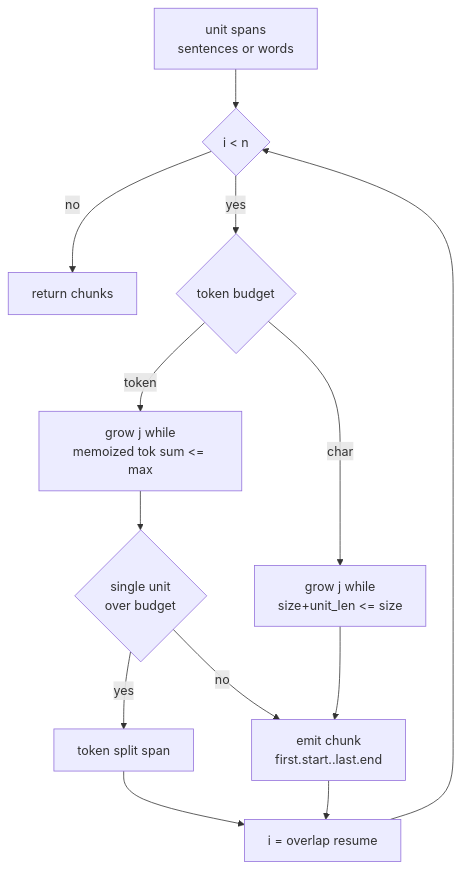
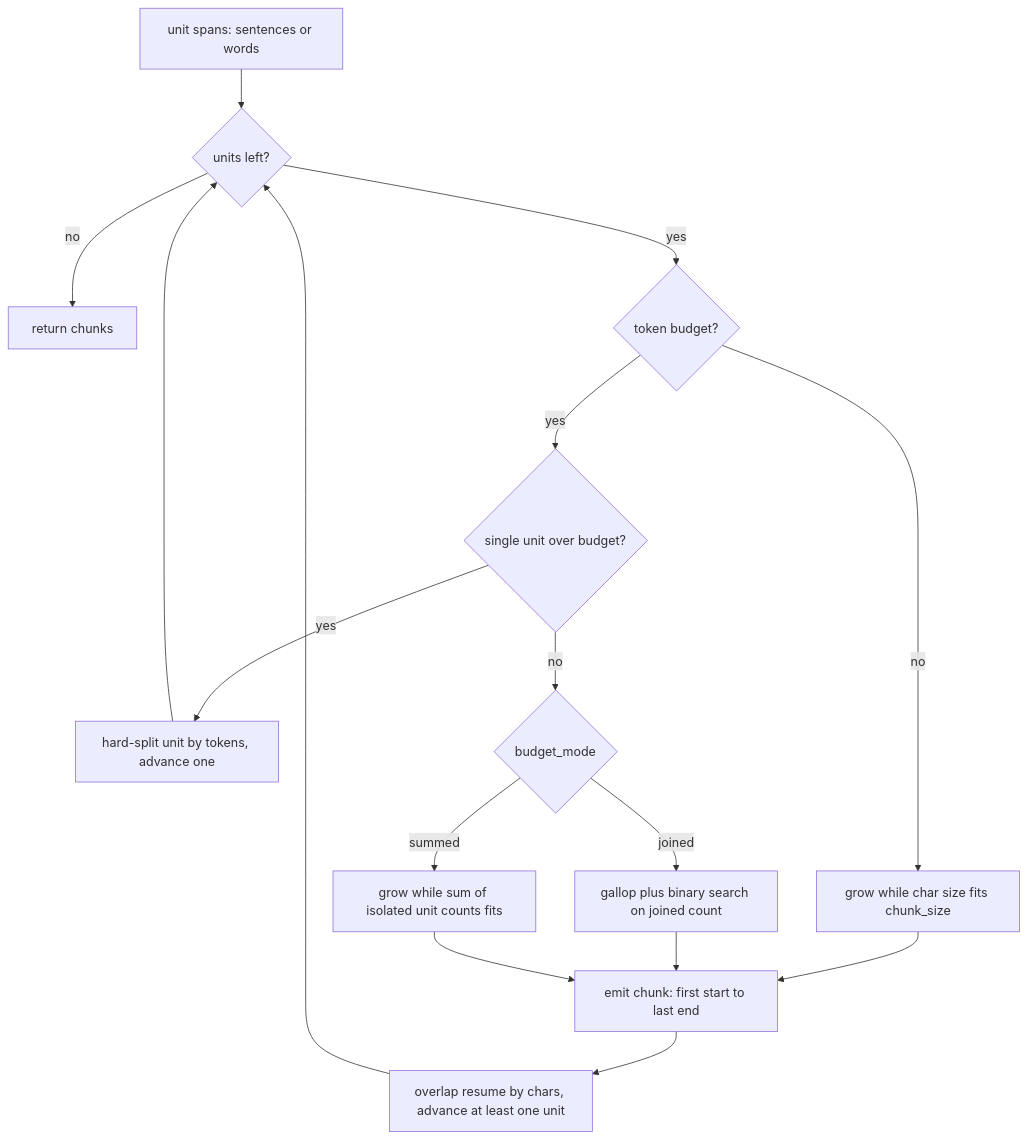
One commit to wilke/ragstack changed the tenth of 45 diagrams in docs/ARCHITECTURE-DEEP-DIVE.md. Above: the diagram before and after it, drawn with Mermaid. The commit also changed other lines of this file and 2 other files, not shown here.

First line of the commit message:
docs: rewrite the architecture deep-dive against main 22b44be (#631)

````diff
--- a/docs/ARCHITECTURE-DEEP-DIVE.md
+++ b/docs/ARCHITECTURE-DEEP-DIVE.md
@@ -253,15 +595,18 @@
 ```mermaid
 flowchart TD
-  A[unit spans<br/>sentences or words] --> B{i < n}
-  B -- no --> Z[return chunks]
-  B -- yes --> C{token budget}
-  C -- char --> D[grow j while<br/>size+unit_len <= size]
-  C -- token --> E[grow j while<br/>memoized tok sum <= max]
-  E --> F{single unit<br/>over budget}
-  F -- yes --> G[token split span]
-  F -- no --> H[emit chunk<br/>first.start..last.end]
-  D --> H
-  G --> I[i = overlap resume]
-  H --> I
-  I --> B
+    A["unit spans: sentences or words"] --> B{"units left?"}
+    B -- "no" --> Z["return chunks"]
+    B -- "yes" --> C{"token budget?"}
+    C -- "no" --> D["grow while char size fits chunk_size"]
+    C -- "yes" --> E{"single unit over budget?"}
+    E -- "yes" --> F["hard-split unit by tokens, advance one"]
+    E -- "no" --> G{"budget_mode"}
+    G -- "joined" --> H["gallop plus binary search on joined count"]
+    G -- "summed" --> I["grow while sum of isolated unit counts fits"]
+    D --> J["emit chunk: first start to last end"]
+    H --> J
+    I --> J
+    J --> K["overlap resume by chars, advance at least one unit"]
+    F --> B
+    K --> B
 ```
````
